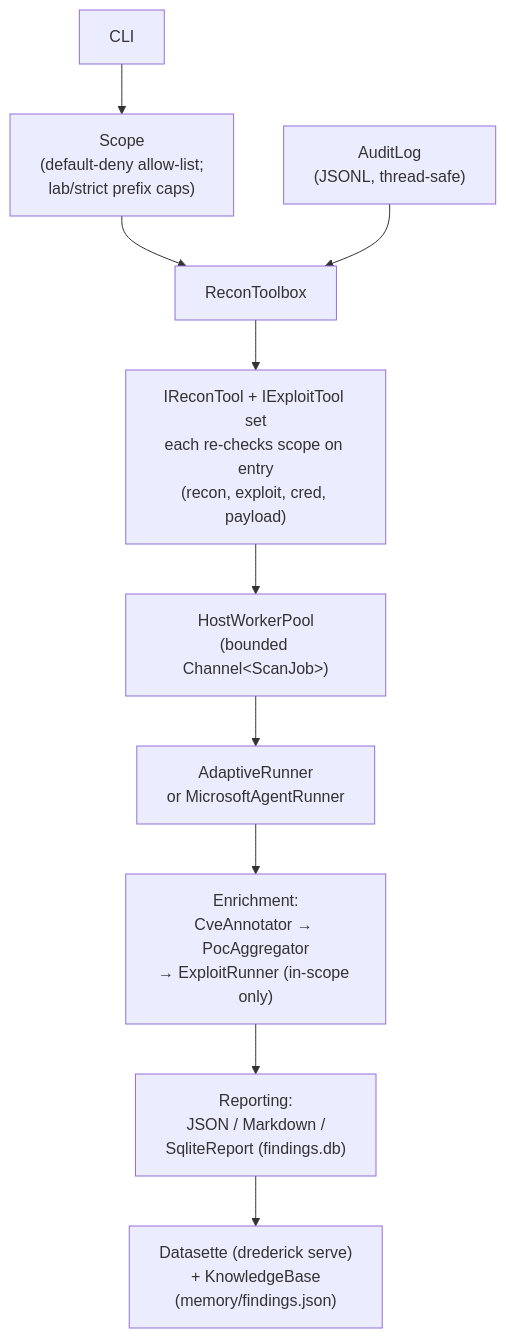
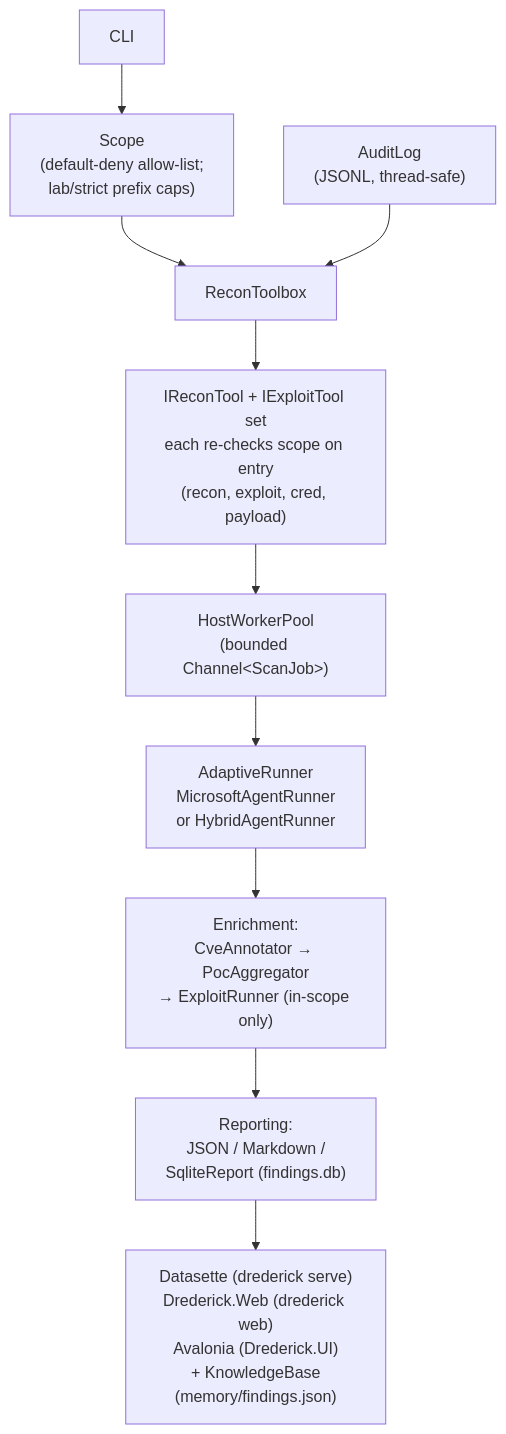
One commit to SchwartzKamel/drederick changed the diagram in README.md. Above: the diagram before and after it, drawn with Mermaid. The commit also changed other lines of this file and 10 other files, not shown here.

First line of the commit message:
docs: audit against v0.3.0 + HybridAgentRunner / LlmProviderFactory

````diff
--- a/README.md
+++ b/README.md
@@ -350,12 +383,12 @@
 ```mermaid
 flowchart TD
     CLI["CLI"] --> Scope["Scope<br/>(default-deny allow-list;<br/>lab/strict prefix caps)"]
     Scope --> Toolbox["ReconToolbox"]
     Audit["AuditLog<br/>(JSONL, thread-safe)"] --> Toolbox
     Toolbox --> Tools["IReconTool + IExploitTool set<br/>each re-checks scope on entry<br/>(recon, exploit, cred, payload)"]
     Tools --> Pool["HostWorkerPool<br/>(bounded Channel&lt;ScanJob&gt;)"]
-    Pool --> Runner["AdaptiveRunner<br/>or MicrosoftAgentRunner"]
+    Pool --> Runner["AdaptiveRunner<br/>MicrosoftAgentRunner<br/>or HybridAgentRunner"]
     Runner --> Enrich["Enrichment:<br/>CveAnnotator → PocAggregator<br/>→ ExploitRunner (in-scope only)"]
     Enrich --> Report["Reporting:<br/>JSON / Markdown /<br/>SqliteReport (findings.db)"]
-    Report --> Present["Datasette (drederick serve)<br/>+ KnowledgeBase<br/>(memory/findings.json)"]
+    Report --> Present["Datasette (drederick serve)<br/>Drederick.Web (drederick web)<br/>Avalonia (Drederick.UI)<br/>+ KnowledgeBase<br/>(memory/findings.json)"]
 ```
````
